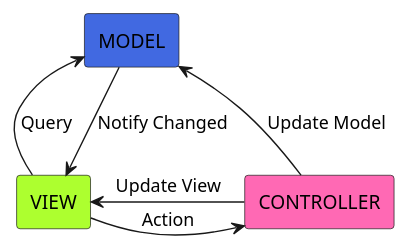
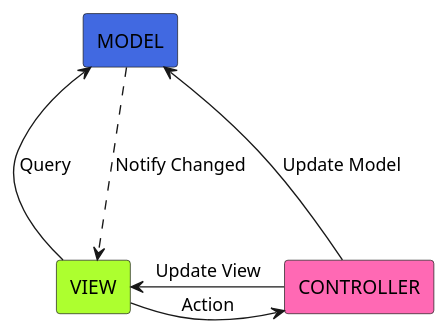
Before and after one commit to sumyfly/myUml: the diagram in src/task.wsd, drawn with PlantUML.

```diff
--- a/src/task.wsd
+++ b/src/task.wsd
@@ -1,18 +1,18 @@
 @startuml mvc
 rectangle V #GreenYellow[
 VIEW
 ]
 rectangle M #RoyalBlue[
 MODEL
 ]
 rectangle C #HotPink[
 CONTROLLER
 ]
 
 V -up-> M :Query
 V -right-> C:Action
 C -left-> V :Update View
 C -up-> M: Update Model
-M -down-> V: Notify Changed
+M -down..> V: Notify Changed
 
 @enduml
```
